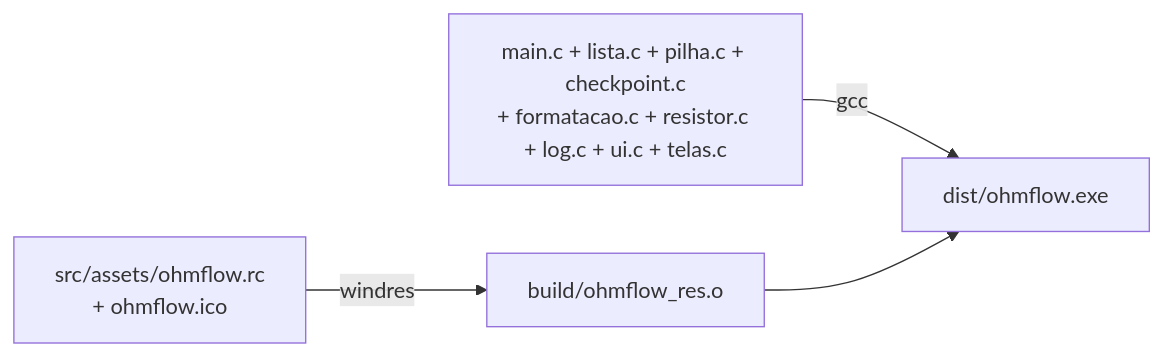
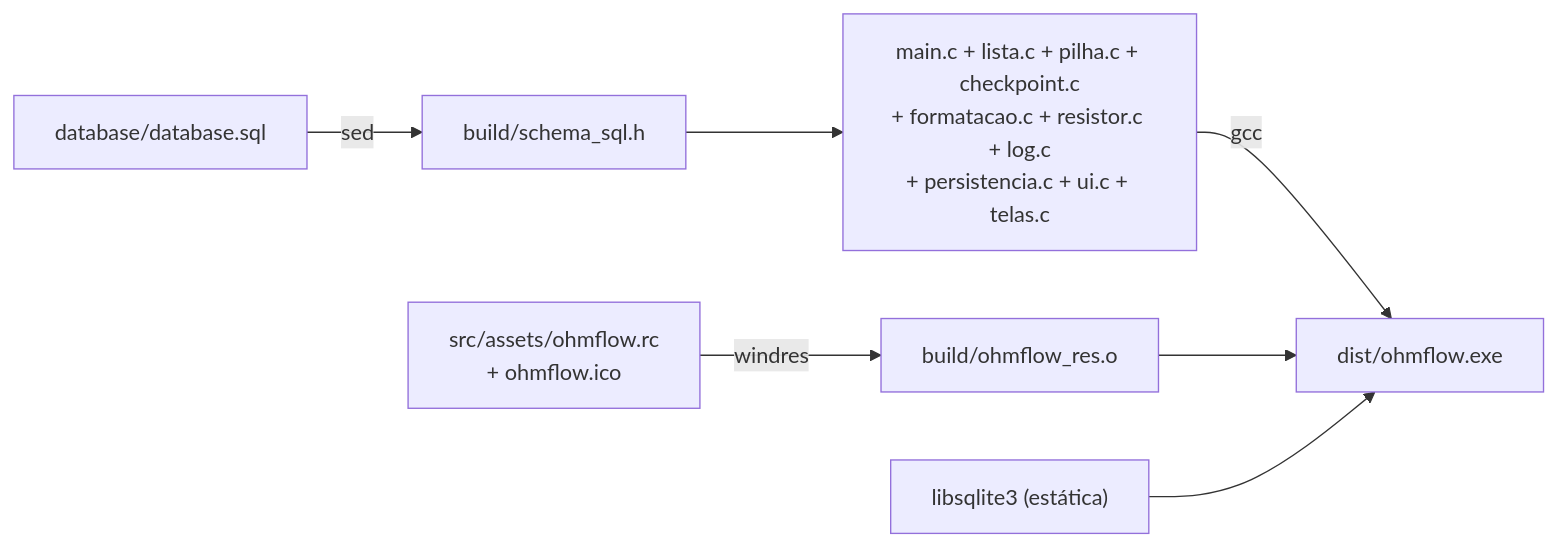
Before and after one commit to Grolla05/OhmFlow: the diagram in docs/05-build-e-ambiente.md, drawn with Mermaid. The commit also changed other lines of this file and 15 other files, not shown here.

````diff
--- a/docs/05-build-e-ambiente.md
+++ b/docs/05-build-e-ambiente.md
@@ -115,6 +116,9 @@
 ```mermaid
 flowchart LR
     RC["src/assets/ohmflow.rc<br/>+ ohmflow.ico"] -- windres --> RES["build/ohmflow_res.o"]
-    SRC["main.c + lista.c + pilha.c + checkpoint.c<br/>+ formatacao.c + resistor.c + log.c + ui.c + telas.c"] -- gcc --> EXE["dist/ohmflow.exe"]
+    SQL["database/database.sql"] -- sed --> SCH["build/schema_sql.h"]
+    SCH --> SRC
+    SRC["main.c + lista.c + pilha.c + checkpoint.c<br/>+ formatacao.c + resistor.c + log.c<br/>+ persistencia.c + ui.c + telas.c"] -- gcc --> EXE["dist/ohmflow.exe"]
     RES --> EXE
+    LIB["libsqlite3 (estática)"] --> EXE
 ```
````
